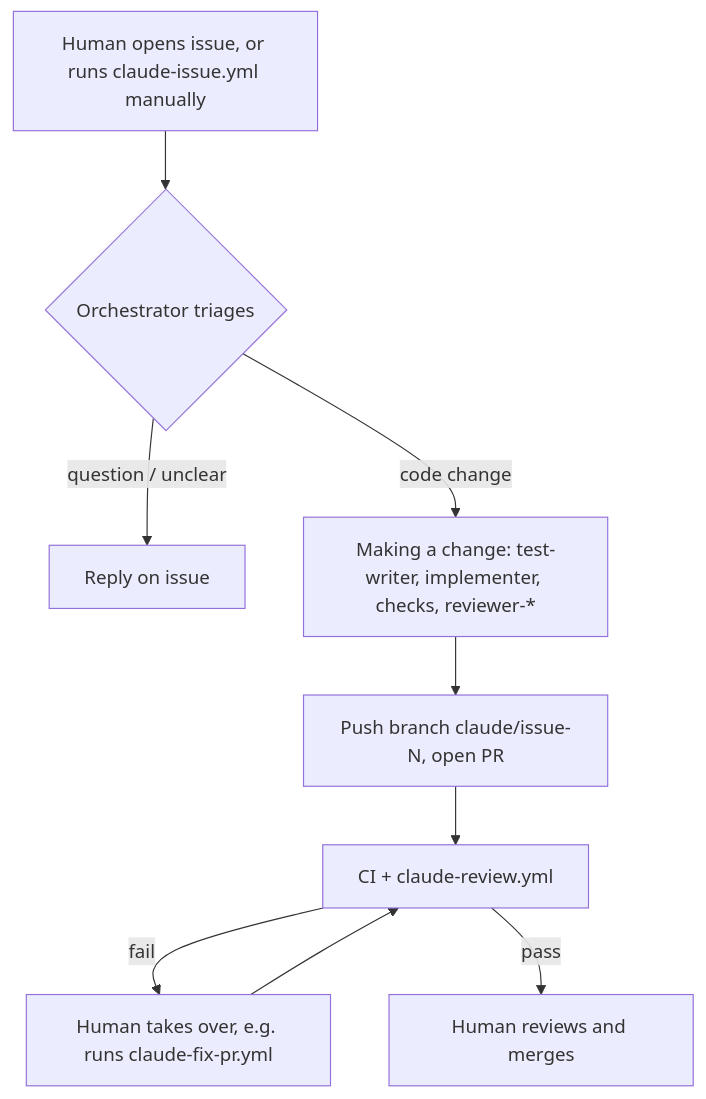
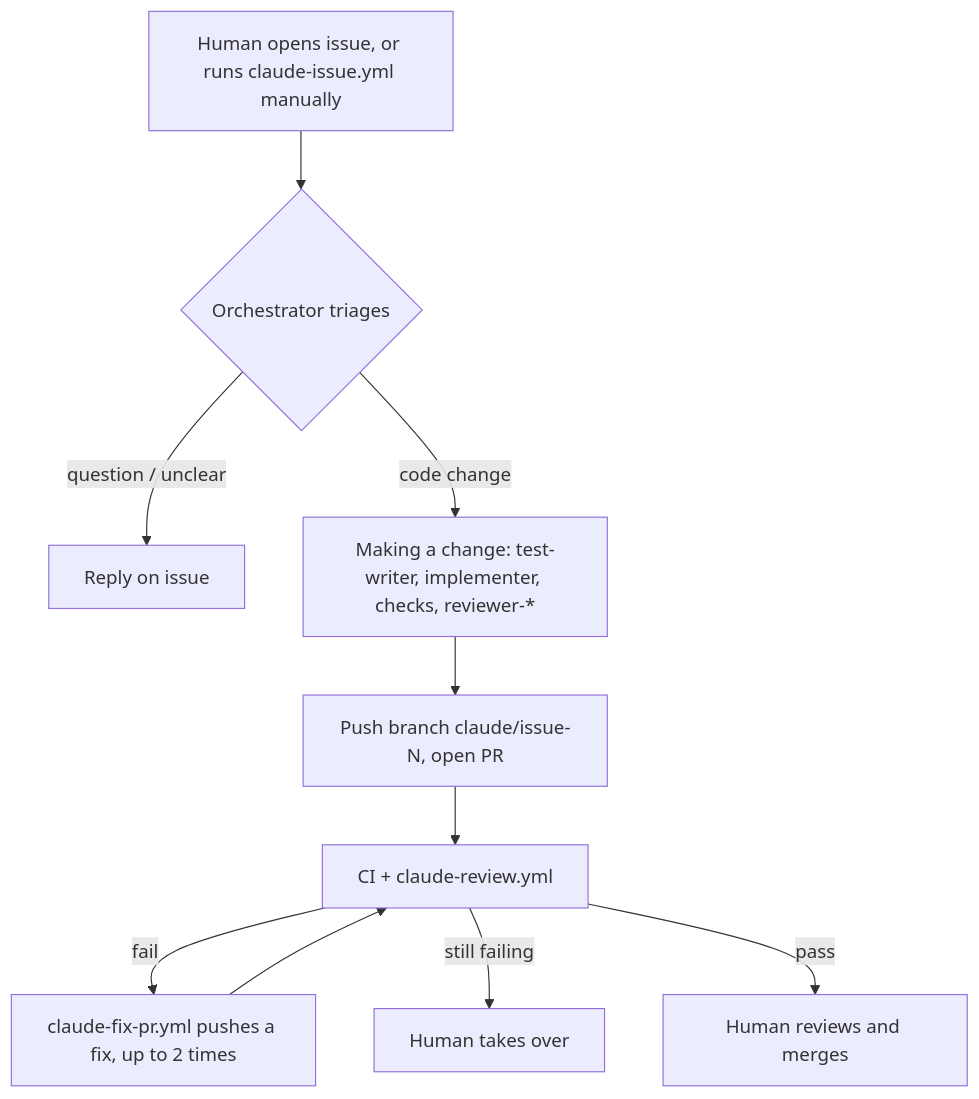
The diagram in docs/ai-workflow.md (kmura2026/cellular-automata-lab), drawn with Mermaid before and after one commit. The commit also changed 2 other files, not shown here.

Commit message:
Automatically fix PRs whose CI or review check fails
claude-fix-pr.yml now also runs on workflow_run when CI or the review
workflow fails on a PR from this repository. A gate job fixes only the
PR's latest commit once all checks are done, once per commit and at most
2 attempts per PR (counted by its own PR comments), then hands over to a
human.

````diff
--- a/docs/ai-workflow.md
+++ b/docs/ai-workflow.md
@@ -7,11 +7,12 @@
 ```mermaid
 flowchart TD
     A[Human opens issue, or runs claude-issue.yml manually] --> B{Orchestrator triages}
     B -- question / unclear --> R[Reply on issue]
     B -- code change --> C[Making a change: test-writer, implementer, checks, reviewer-*]
     C --> H[Push branch claude/issue-N, open PR]
     H --> I[CI + claude-review.yml]
-    I -- fail --> L[Human takes over, e.g. runs claude-fix-pr.yml]
-    L --> I
+    I -- fail --> F[claude-fix-pr.yml pushes a fix, up to 2 times]
+    F --> I
+    I -- still failing --> L[Human takes over]
     I -- pass --> N[Human reviews and merges]
 ```
````
